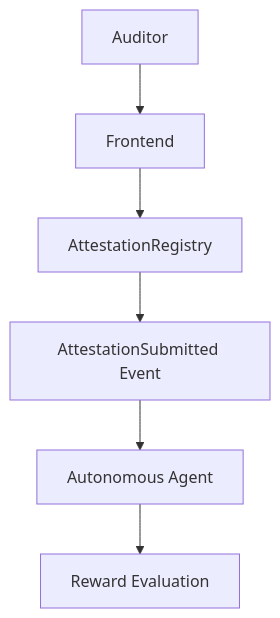
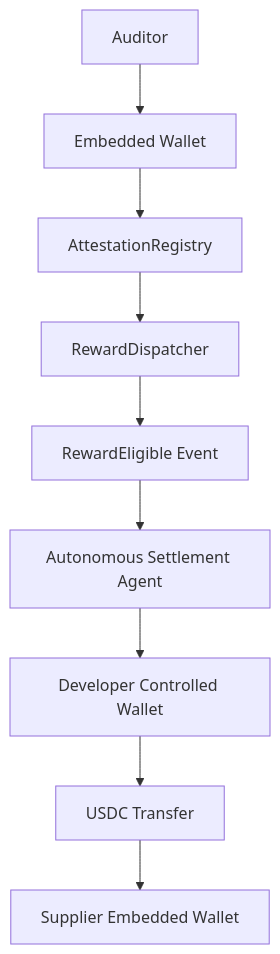
The first of 2 diagrams in README.md (Olayeniii/ProveStream), drawn with Mermaid before and after one commit. The commit also changed other lines of this file and 70 other files, not shown here.

````diff
--- a/README.md
+++ b/README.md
@@ -16,8 +20,11 @@
 ```mermaid
 graph TD
-    A[Auditor] --> B[Frontend]
+    A[Auditor] --> B[Embedded Wallet]
     B --> C[AttestationRegistry]
-    C --> D[AttestationSubmitted Event]
-    D --> E[Autonomous Agent]
-    E --> F[Reward Evaluation]
+    C --> D[RewardDispatcher]
+    D --> E[RewardEligible Event]
+    E --> F[Autonomous Settlement Agent]
+    F --> G[Developer Controlled Wallet]
+    G --> H[USDC Transfer]
+    H --> I[Supplier Embedded Wallet]
 ```
````
